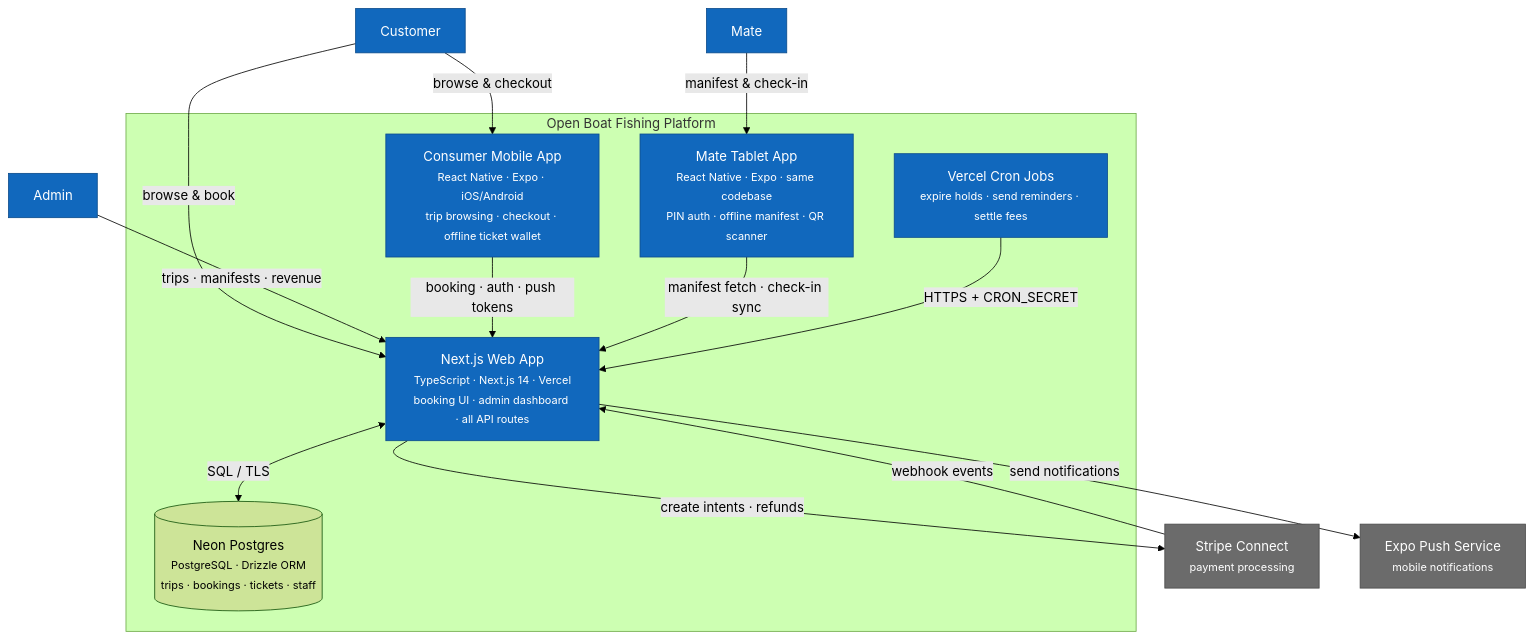
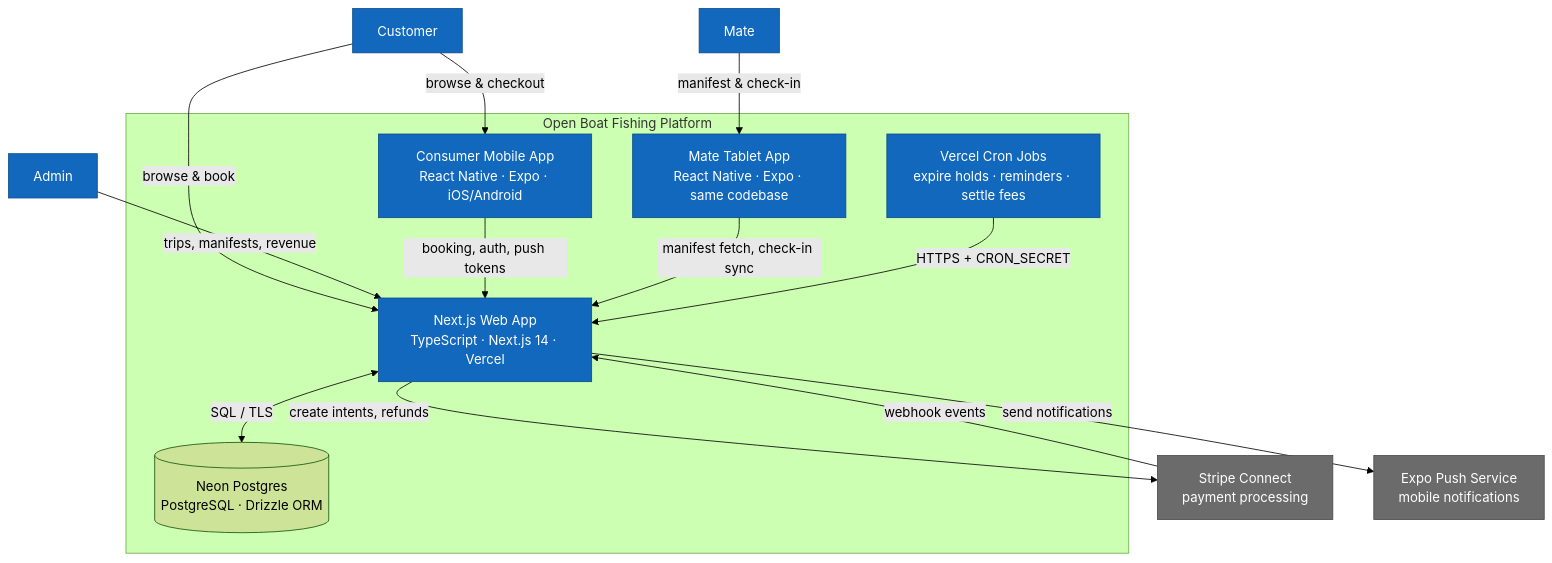
Before and after one commit to allonyaron/open-boat-fishing: the second of 2 diagrams in docs/c4-architecture.md, drawn with Mermaid (forest theme). The commit also changed other lines of this file, not shown here.

Commit message:
Strip unsupported HTML from Mermaid diagram labels
Remove <small> tags (not supported by GitHub's Mermaid renderer, causing
text cutoff) and remove quotes around arrow labels. Keep only <br/> for
two-line node labels.

````diff
--- a/docs/c4-architecture.md
+++ b/docs/c4-architecture.md
@@ -43,40 +43,40 @@
 ```mermaid
 graph TD
     C["Customer"]
     A["Admin"]
     M["Mate"]
 
-    stripe["Stripe Connect<br/><small>payment processing</small>"]
-    push["Expo Push Service<br/><small>mobile notifications</small>"]
+    stripe["Stripe Connect<br/>payment processing"]
+    push["Expo Push Service<br/>mobile notifications"]
 
-    subgraph platform["  Open Boat Fishing Platform  "]
-        web["Next.js Web App<br/><small>TypeScript · Next.js 14 · Vercel</small><br/><small>booking UI · admin dashboard · all API routes</small>"]
-        consumer["Consumer Mobile App<br/><small>React Native · Expo · iOS/Android</small><br/><small>trip browsing · checkout · offline ticket wallet</small>"]
-        mate_app["Mate Tablet App<br/><small>React Native · Expo · same codebase</small><br/><small>PIN auth · offline manifest · QR scanner</small>"]
-        db[("Neon Postgres<br/><small>PostgreSQL · Drizzle ORM</small><br/><small>trips · bookings · tickets · staff</small>")]
-        cron["Vercel Cron Jobs<br/><small>expire holds · send reminders · settle fees</small>"]
+    subgraph platform["Open Boat Fishing Platform"]
+        web["Next.js Web App<br/>TypeScript · Next.js 14 · Vercel"]
+        consumer["Consumer Mobile App<br/>React Native · Expo · iOS/Android"]
+        mate_app["Mate Tablet App<br/>React Native · Expo · same codebase"]
+        db[("Neon Postgres<br/>PostgreSQL · Drizzle ORM")]
+        cron["Vercel Cron Jobs<br/>expire holds · reminders · settle fees"]
     end
 
-    C -->|"browse & book"| web
-    C -->|"browse & checkout"| consumer
-    A -->|"trips · manifests · revenue"| web
-    M -->|"manifest & check-in"| mate_app
+    C -->|browse & book| web
+    C -->|browse & checkout| consumer
+    A -->|trips, manifests, revenue| web
+    M -->|manifest & check-in| mate_app
 
-    consumer -->|"booking · auth · push tokens"| web
-    mate_app -->|"manifest fetch · check-in sync"| web
+    consumer -->|booking, auth, push tokens| web
+    mate_app -->|manifest fetch, check-in sync| web
 
-    web <-->|"SQL / TLS"| db
-    cron -->|"HTTPS + CRON_SECRET"| web
+    web <-->|SQL / TLS| db
+    cron -->|HTTPS + CRON_SECRET| web
 
-    web -->|"create intents · refunds"| stripe
-    stripe -->|"webhook events"| web
-    web -->|"send notifications"| push
+    web -->|create intents, refunds| stripe
+    stripe -->|webhook events| web
+    web -->|send notifications| push
 
     classDef person fill:#1168bd,stroke:#0b4c8c,color:#fff
     classDef container fill:#1168bd,stroke:#0b4c8c,color:#fff
     classDef ext fill:#6b6b6b,stroke:#4a4a4a,color:#fff
 
     class C,A,M person
     class web,consumer,mate_app,cron container
     class stripe,push ext
 ```
````
